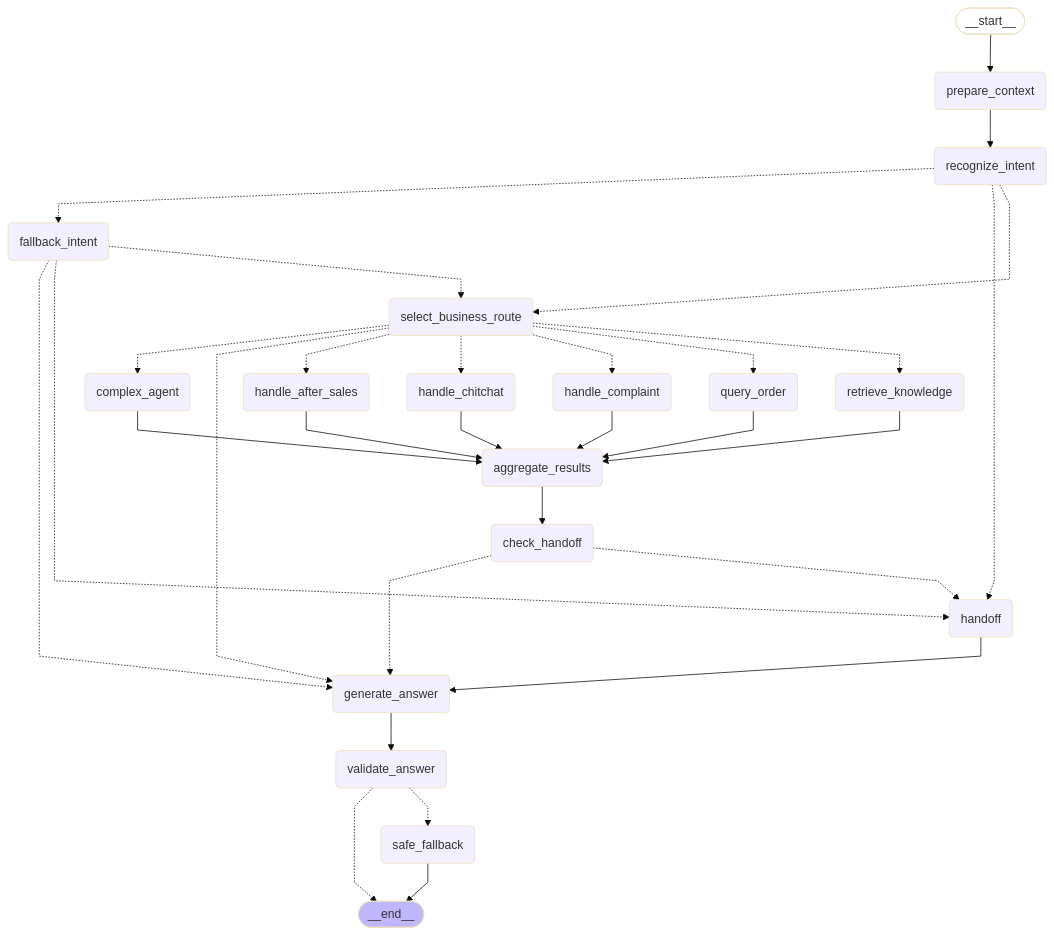
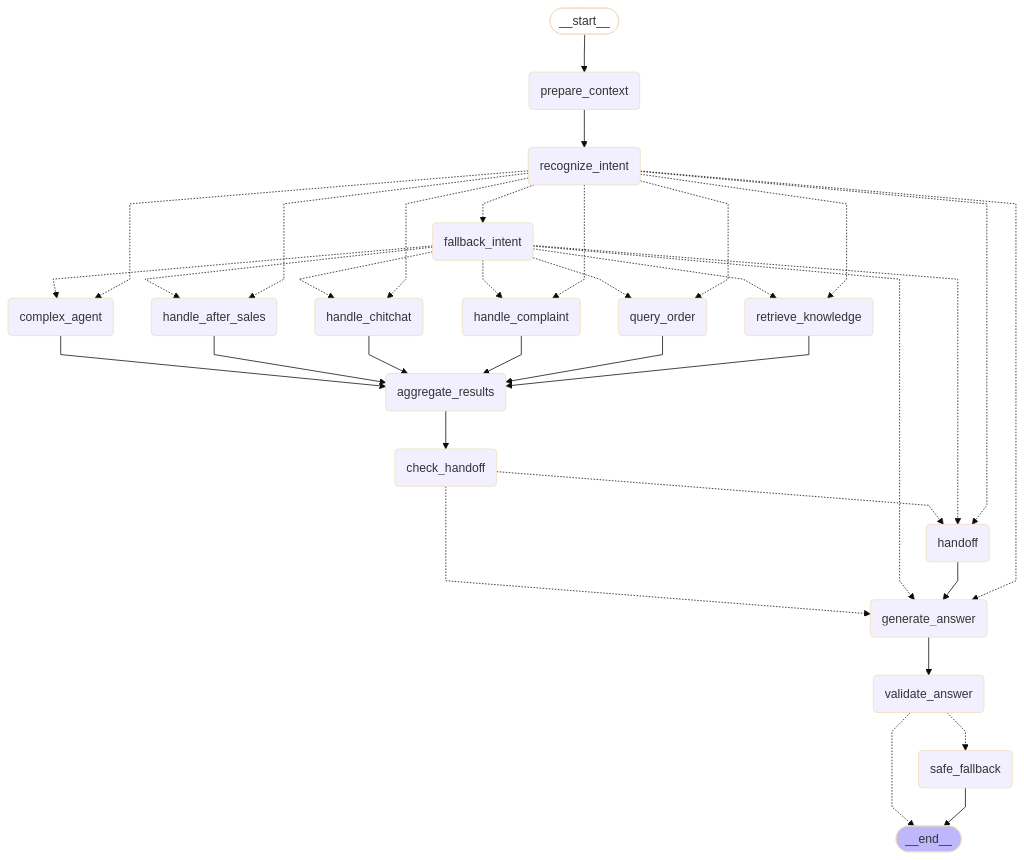
Before and after one commit to jakiewan/-: the diagram in diagram/customer-service-graph/main.mmd, drawn with Mermaid (base theme). The commit also changed 15 other files, not shown here.

First line of the commit message:
feat(agent): 接入 LangGraph 主图替换原有 Agent 执行路径

```diff
--- a/diagram/customer-service-graph/main.mmd
+++ b/diagram/customer-service-graph/main.mmd
@@ -1,56 +1,59 @@
 ---
 config:
   flowchart:
     curve: linear
 ---
 graph TD;
 	__start__([<p>__start__</p>]):::first
 	prepare_context(prepare_context)
 	recognize_intent(recognize_intent)
 	fallback_intent(fallback_intent)
-	select_business_route(select_business_route)
 	handle_chitchat(handle_chitchat)
 	retrieve_knowledge(retrieve_knowledge)
 	query_order(query_order)
 	handle_after_sales(handle_after_sales)
 	handle_complaint(handle_complaint)
 	complex_agent(complex_agent)
 	aggregate_results(aggregate_results)
 	check_handoff(check_handoff)
 	handoff(handoff)
 	generate_answer(generate_answer)
 	validate_answer(validate_answer)
 	safe_fallback(safe_fallback)
 	__end__([<p>__end__</p>]):::last
 	__start__ --> prepare_context;
 	aggregate_results --> check_handoff;
 	check_handoff -.-> generate_answer;
 	check_handoff -.-> handoff;
 	complex_agent --> aggregate_results;
+	fallback_intent -.-> complex_agent;
 	fallback_intent -.-> generate_answer;
+	fallback_intent -.-> handle_after_sales;
+	fallback_intent -.-> handle_chitchat;
+	fallback_intent -.-> handle_complaint;
 	fallback_intent -.-> handoff;
-	fallback_intent -.-> select_business_route;
+	fallback_intent -.-> query_order;
+	fallback_intent -.-> retrieve_knowledge;
 	generate_answer --> validate_answer;
 	handle_after_sales --> aggregate_results;
 	handle_chitchat --> aggregate_results;
 	handle_complaint --> aggregate_results;
 	handoff --> generate_answer;
 	prepare_context --> recognize_intent;
 	query_order --> aggregate_results;
+	recognize_intent -.-> complex_agent;
 	recognize_intent -.-> fallback_intent;
+	recognize_intent -.-> generate_answer;
+	recognize_intent -.-> handle_after_sales;
+	recognize_intent -.-> handle_chitchat;
+	recognize_intent -.-> handle_complaint;
 	recognize_intent -.-> handoff;
-	recognize_intent -.-> select_business_route;
+	recognize_intent -.-> query_order;
+	recognize_intent -.-> retrieve_knowledge;
 	retrieve_knowledge --> aggregate_results;
-	select_business_route -.-> complex_agent;
-	select_business_route -.-> generate_answer;
-	select_business_route -.-> handle_after_sales;
-	select_business_route -.-> handle_chitchat;
-	select_business_route -.-> handle_complaint;
-	select_business_route -.-> query_order;
-	select_business_route -.-> retrieve_knowledge;
 	validate_answer -.-> __end__;
 	validate_answer -.-> safe_fallback;
 	safe_fallback --> __end__;
 	classDef default fill:#f2f0ff,line-height:1.2
 	classDef first fill-opacity:0
 	classDef last fill:#bfb6fc
```
